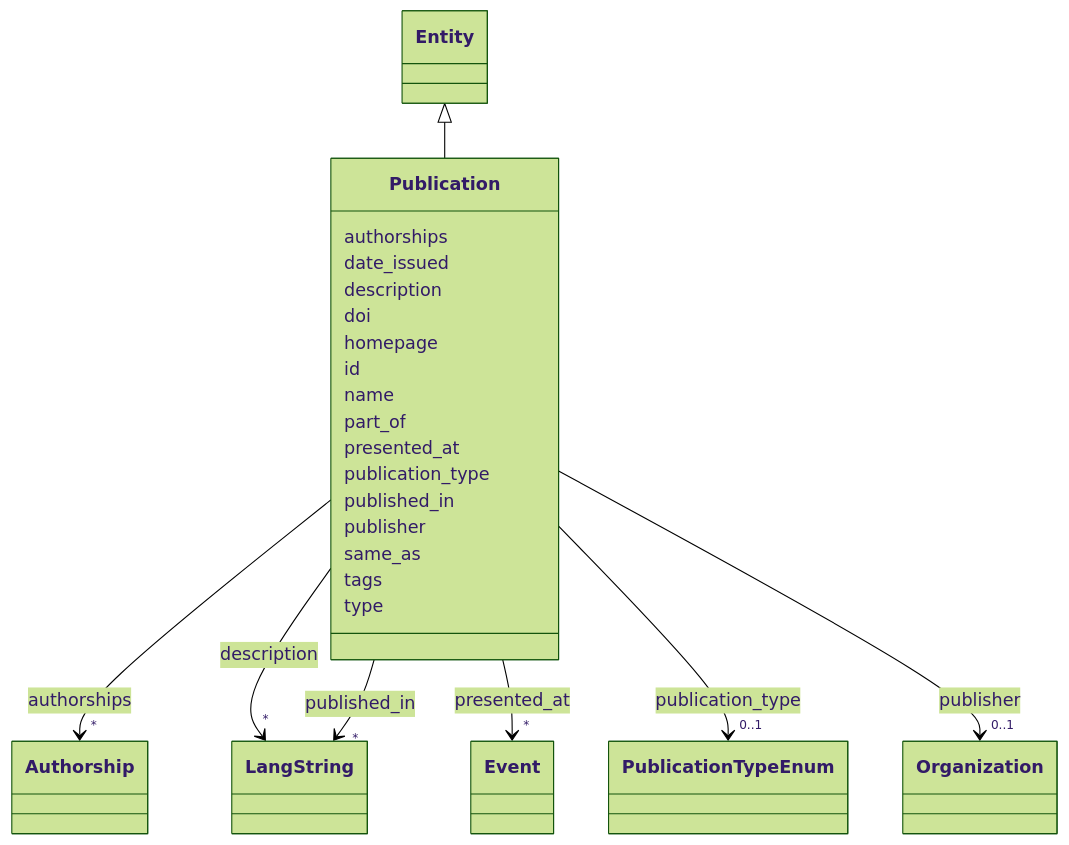
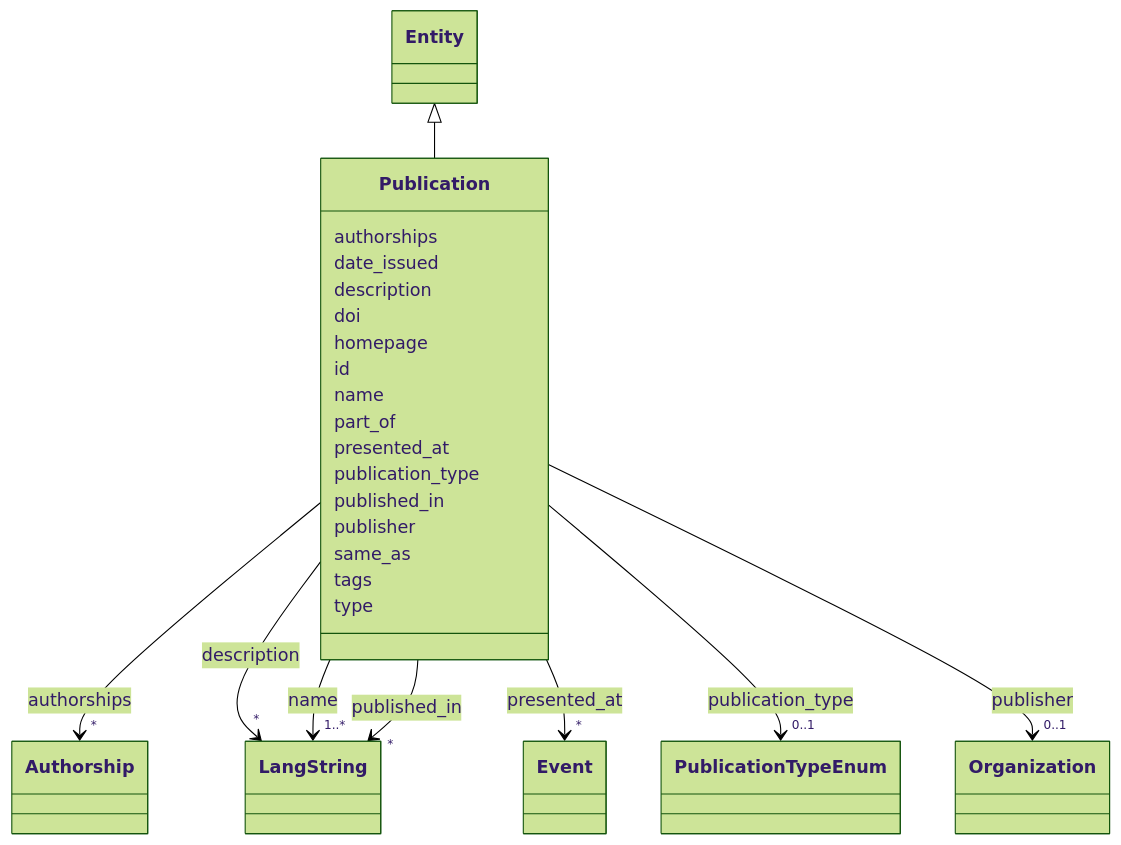
One commit to DARIAH-IL/idhi-manifests changed the diagram in docs/classes/Publication.md. Above: the diagram before and after it, drawn with Mermaid (forest theme). The commit also changed other lines of this file and 20 other files, not shown here.

```diff
--- a/docs/classes/Publication.md
+++ b/docs/classes/Publication.md
@@ -63,6 +63,17 @@
       Publication : id
         
       Publication : name
+        
+          
+    
+        
+        
+        Publication --> "1..*" LangString : name
+        
+        click LangString href "../../classes/LangString/"
+        
+    
+
         
       Publication : part_of
         
```
